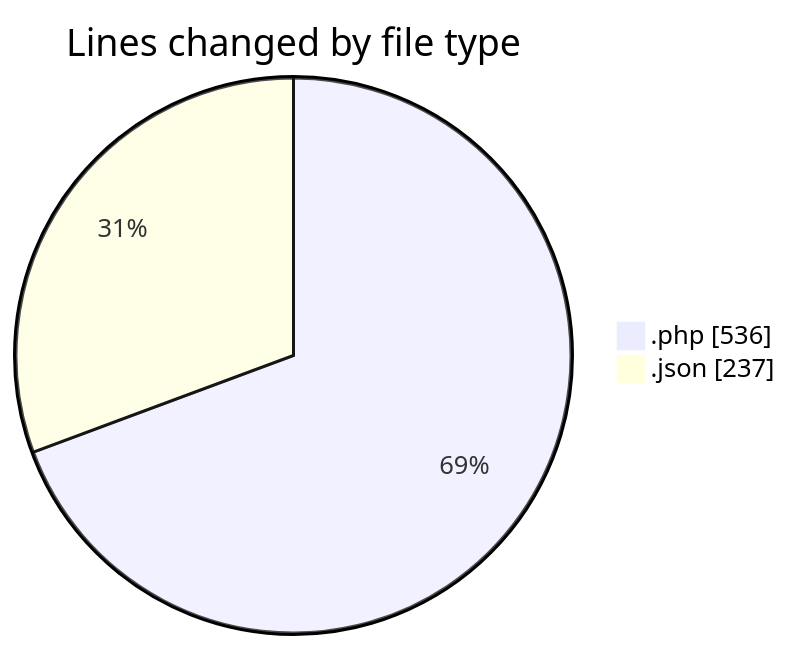
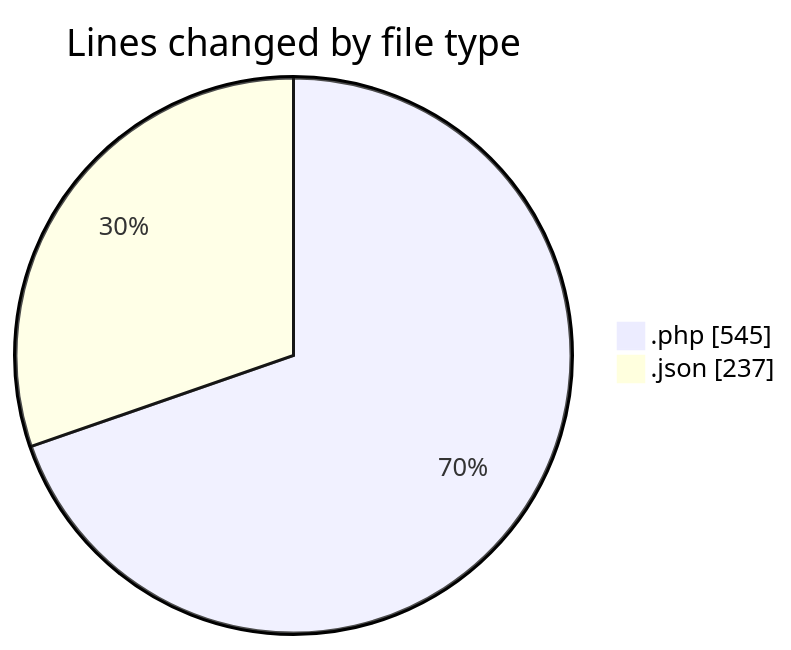
The first of 2 diagrams in 2025-06-17/studio-backend/README.md (idhammustaqopulfikri/code-tracking), drawn with Mermaid before and after one commit. The commit also changed other lines of this file and 1 other file, not shown here.

````diff
--- a/2025-06-17/studio-backend/README.md
+++ b/2025-06-17/studio-backend/README.md
@@ -21,6 +21,6 @@
 ```mermaid
 pie showData
 title Lines changed by file type
-".php" : 536
+".php" : 545
 ".json" : 237
 ```
````
